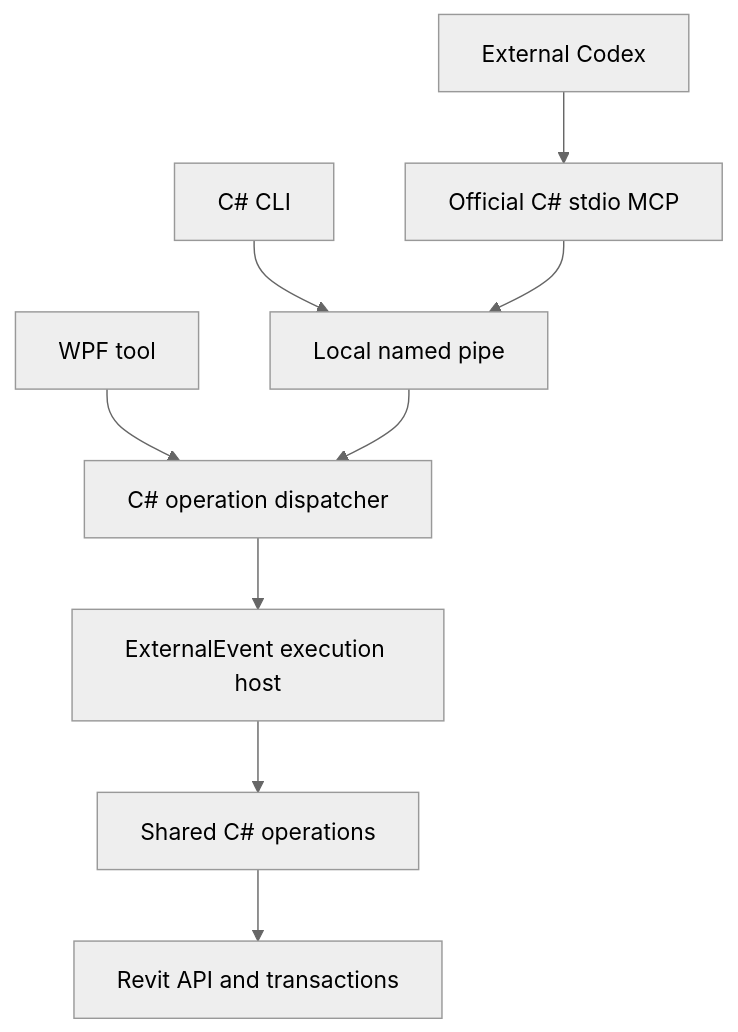
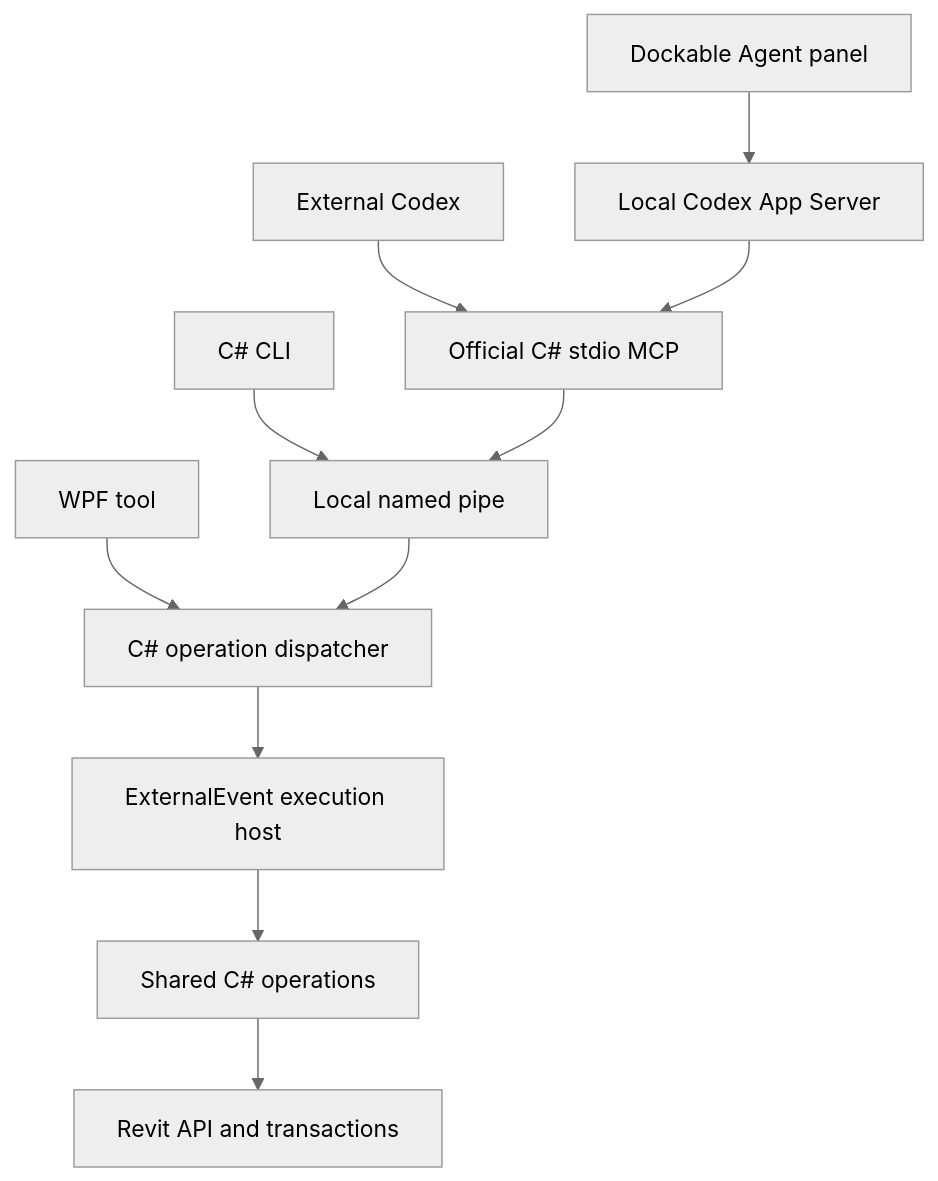
Before and after one commit to scwlkr/RevitThyme: the diagram in README.md, drawn with Mermaid (neutral theme). The commit also changed other lines of this file and 41 other files, not shown here.

Commit message:
Add dockable Codex Agent with sessions, skills and pinned Revit MCP

````diff
--- a/README.md
+++ b/README.md
@@ -42,11 +42,13 @@
 ```mermaid
 flowchart TD
     WPF[WPF tool] --> Core[C# operation dispatcher]
     CLI[C# CLI] --> Bridge[Local named pipe]
     MCP[Official C# stdio MCP] --> Bridge
     Codex[External Codex] --> MCP
+    Agent[Dockable Agent panel] --> Runtime[Local Codex App Server]
+    Runtime --> MCP
     Bridge --> Core
     Core --> Host[ExternalEvent execution host]
     Host --> Operations[Shared C# operations]
     Operations --> Revit[Revit API and transactions]
 ```
````
